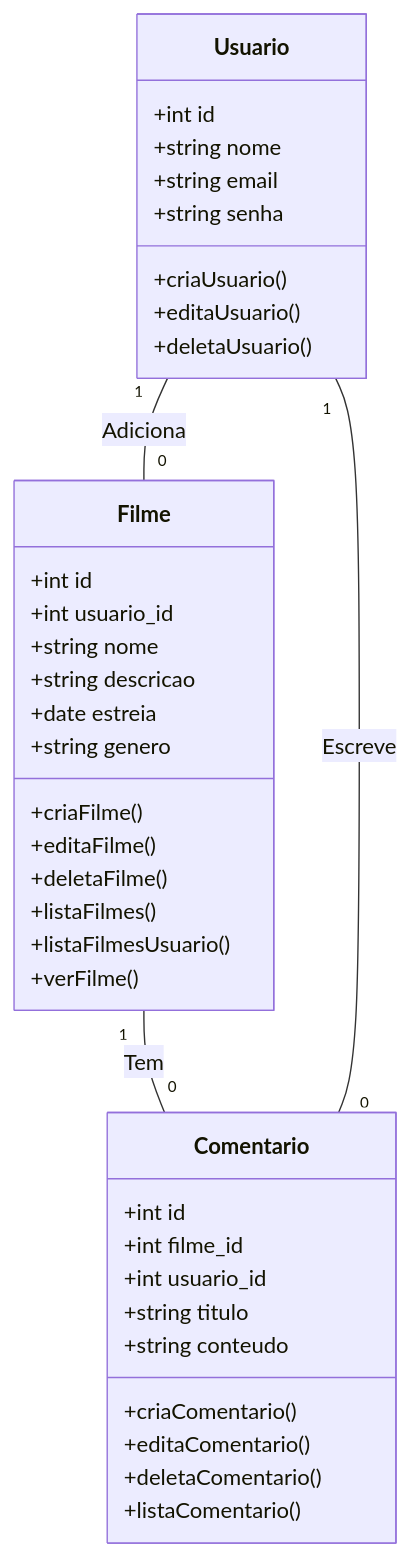
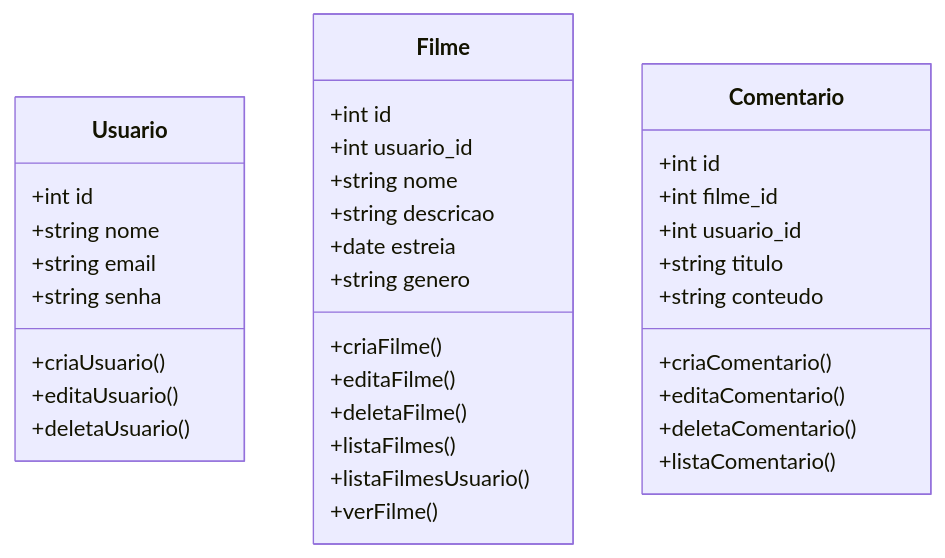
Before and after one commit to IgorOliverx/gerenciamento-filmes: the second of 6 diagrams in README.md, drawn with Mermaid.

````diff
--- a/README.md
+++ b/README.md
@@ -104,43 +104,39 @@
 ```mermaid
     classDiagram
         class Usuario {
             +int id
             +string nome
             +string email
             +string senha
             +criaUsuario()
             +editaUsuario()
             +deletaUsuario()
         }
 
         class Filme {
             +int id
             +int usuario_id
             +string nome
             +string descricao
             +date estreia
             +string genero
             +criaFilme()
             +editaFilme()
             +deletaFilme()
             +listaFilmes()
             +listaFilmesUsuario()
             +verFilme()
         }
 
         class Comentario {
             +int id
             +int filme_id
             +int usuario_id
             +string titulo
             +string conteudo
             +criaComentario()
             +editaComentario()
             +deletaComentario()
             +listaComentario()
         }
-
-        Usuario "1" -- "0" Filme : Adiciona
-        Filme "1" -- "0" Comentario : Tem
-        Usuario "1" -- "0" Comentario : Escreve
 ```
````
